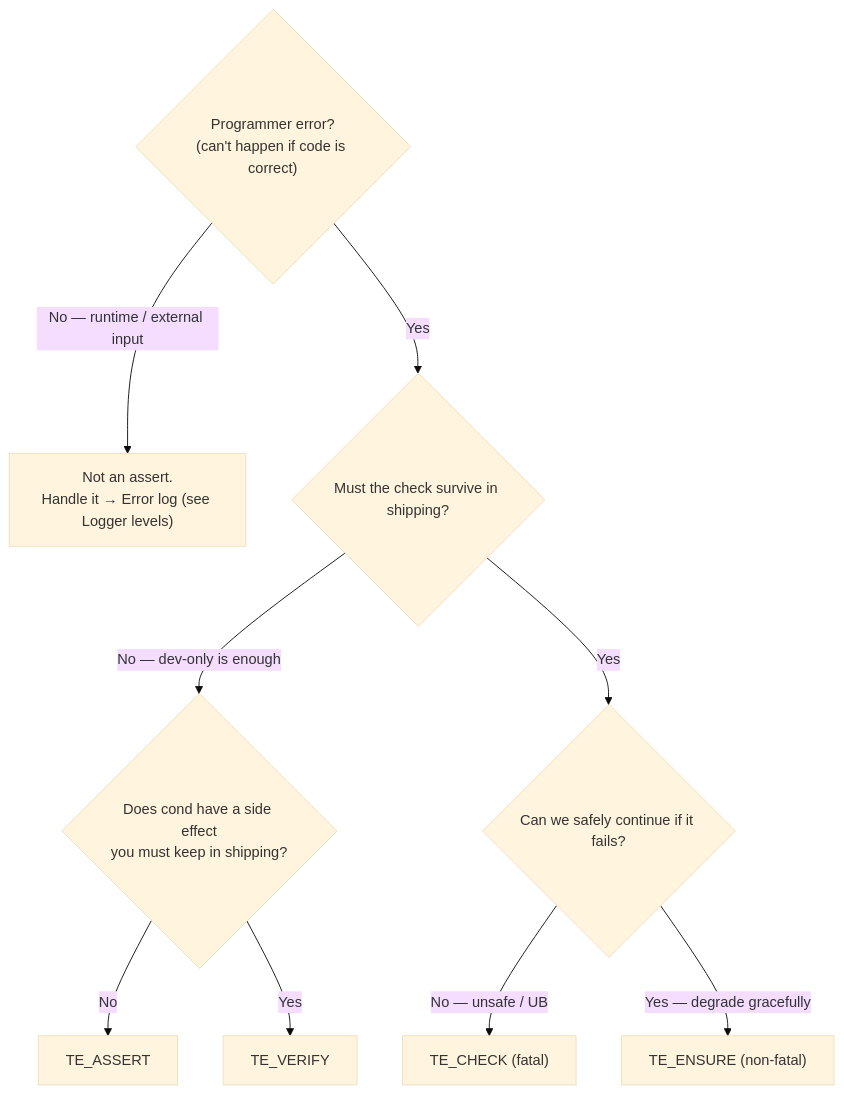
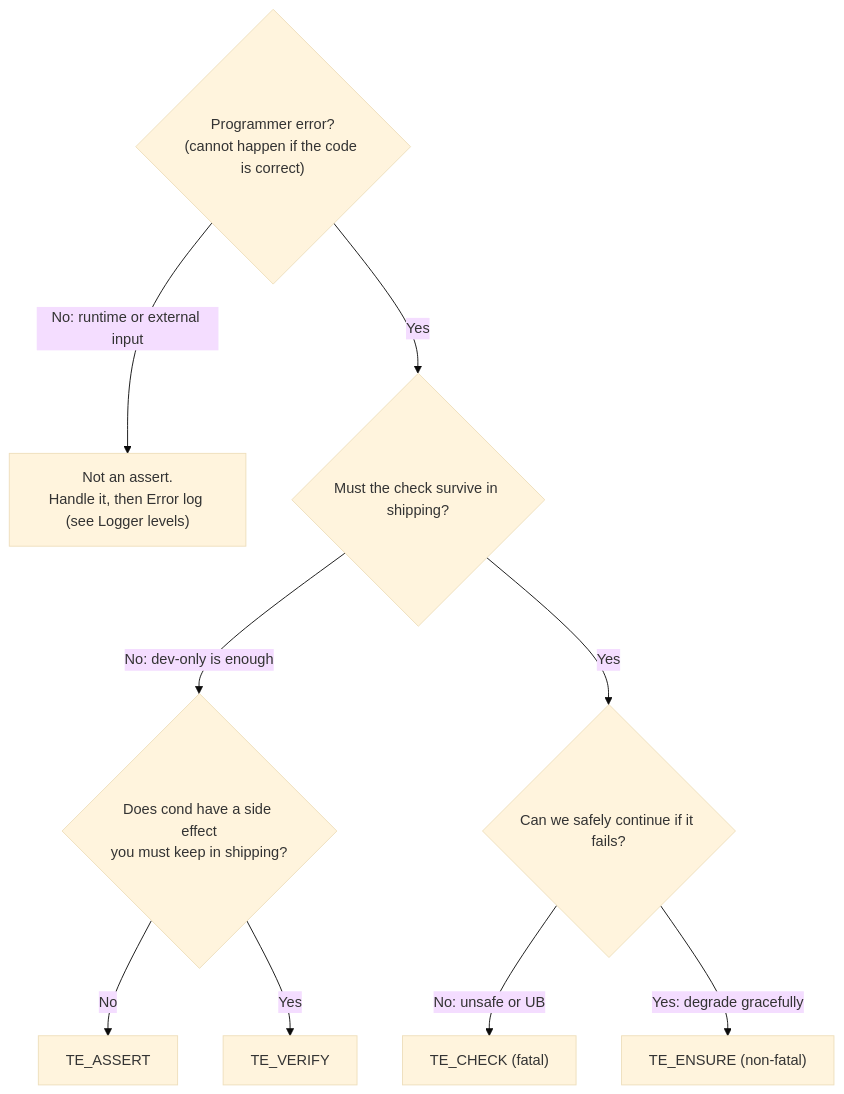
One commit to techattackteam/TechEngine-vault changed the first of 2 diagrams in 04 Design Docs/Utilities/Assert — Design.md. Above: the diagram before and after it, drawn with Mermaid (base theme). The commit also changed other lines of this file and 16 other files, not shown here.

````diff
--- a/04 Design Docs/Utilities/Assert — Design.md
+++ b/04 Design Docs/Utilities/Assert — Design.md
@@ -50,12 +60,12 @@
 ```mermaid
 flowchart TD
-  Q1{"Programmer error?<br/>(can't happen if code is correct)"}
-  Q1 -->|"No — runtime / external input"| L["Not an assert.<br/>Handle it → Error log (see Logger levels)"]
+  Q1{"Programmer error?<br/>(cannot happen if the code is correct)"}
+  Q1 -->|"No: runtime or external input"| L["Not an assert.<br/>Handle it, then Error log (see Logger levels)"]
   Q1 -->|Yes| Q2{"Must the check survive in shipping?"}
-  Q2 -->|"No — dev-only is enough"| Q3{"Does cond have a side effect<br/>you must keep in shipping?"}
+  Q2 -->|"No: dev-only is enough"| Q3{"Does cond have a side effect<br/>you must keep in shipping?"}
   Q3 -->|No| A["TE_ASSERT"]
   Q3 -->|Yes| V["TE_VERIFY"]
   Q2 -->|Yes| Q4{"Can we safely continue if it fails?"}
-  Q4 -->|"No — unsafe / UB"| C["TE_CHECK (fatal)"]
-  Q4 -->|"Yes — degrade gracefully"| E["TE_ENSURE (non-fatal)"]
+  Q4 -->|"No: unsafe or UB"| C["TE_CHECK (fatal)"]
+  Q4 -->|"Yes: degrade gracefully"| E["TE_ENSURE (non-fatal)"]
 ```
````
